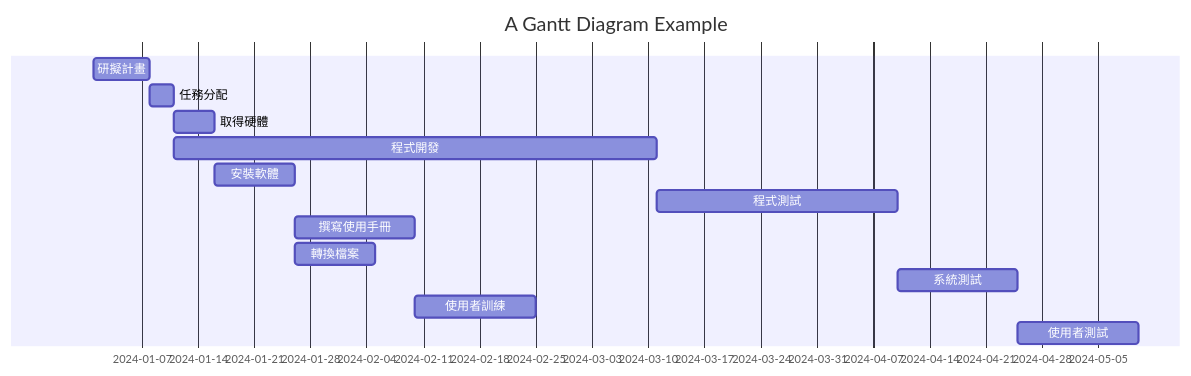
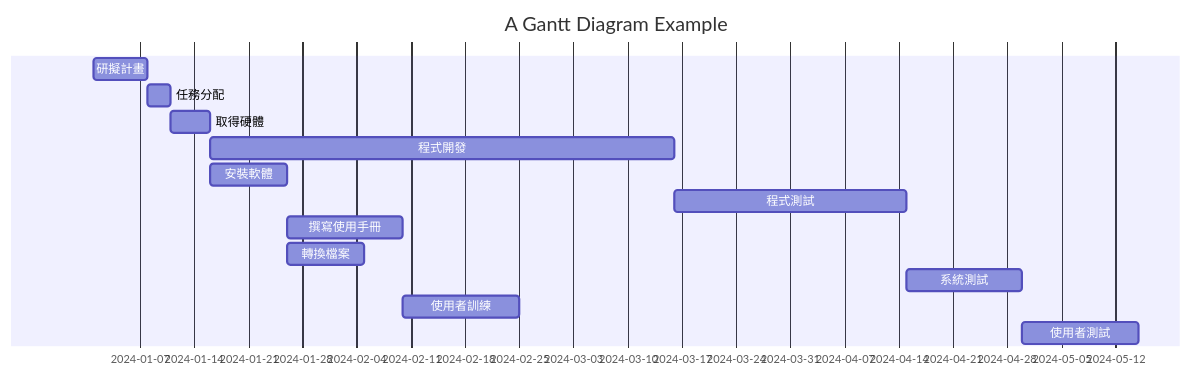
The diagram in hw2.md (koreanfish1450/homework), drawn with Mermaid before and after one commit.

````diff
--- a/hw2.md
+++ b/hw2.md
@@ -1,21 +1,21 @@
 ```mermaid
 gantt
     title A Gantt Diagram Example
 
     dateFormat  YYYY-MM-DD
     axisFormat  %Y-%m-%d
 
     研擬計畫           :a1, 2024-01-01, 7d
     任務分配           :a2, after a1, 3d
     取得硬體           :a3, after a2, 5d
 
-    程式開發           :a4, after a2, 60d
+    程式開發           :a4, after a3, 60d
     安裝軟體           :a5, after a3, 10d
 
     程式測試           :a6, after a4, 30d
     撰寫使用手冊        :a7, after a5, 15d
     轉換檔案           :a8, after a5, 10d
     系統測試           :a9, after a6, 15d
     使用者訓練         :a10, after a7, 15d
     使用者測試         :a11, after a9, 15d
 ```
````
